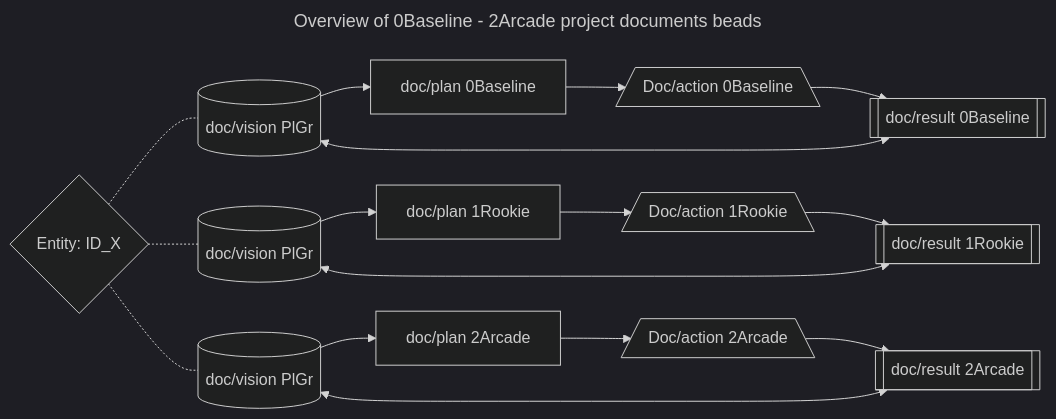
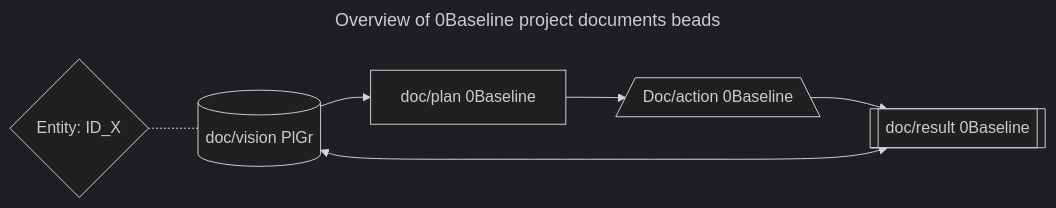
The diagram in 01 Views And Principles/README.md (RoysSpaceXL/0BaseLine), drawn with Mermaid (dark theme) before and after one commit. The commit also changed other lines of this file and 4 other files, not shown here.

````diff
--- a/01 Views And Principles/README.md
+++ b/01 Views And Principles/README.md
@@ -51,47 +51,23 @@
 ```mermaid 
 ---
-title: Overview of 0Baseline - 2Arcade project documents beads
+title: Overview of 0Baseline project documents beads
 
 ---
 graph LR;
     ID_X{Entity: ID_X};
 
     H471[(doc/vision PlGr)]
     I471[doc/plan 0Baseline]
     J471[/Doc/action 0Baseline\]
     K471[[doc/result 0Baseline]]
 
     H471 --> I471
     I471 --> J471
     J471 --> K471
     K471<--> H471
 
     ID_X -.- H471
 
 
-    H472[(doc/vision PlGr)]
-    I472[doc/plan 1Rookie]
-    J472[/Doc/action 1Rookie\]
-    K472[[doc/result 1Rookie]]
-
-    H472 --> I472
-    I472 --> J472
-    J472 --> K472
-    K472<--> H472
-
-    ID_X -.- H472
-
-
-    H473[(doc/vision PlGr)]
-    I473[doc/plan 2Arcade]
-    J473[/Doc/action 2Arcade\]
-    K473[[doc/result 2Arcade]]
-
-    H473 --> I473
-    I473 --> J473
-    J473 --> K473
-    K473<--> H473
-
-    ID_X -.- H473
 
 ```
````
